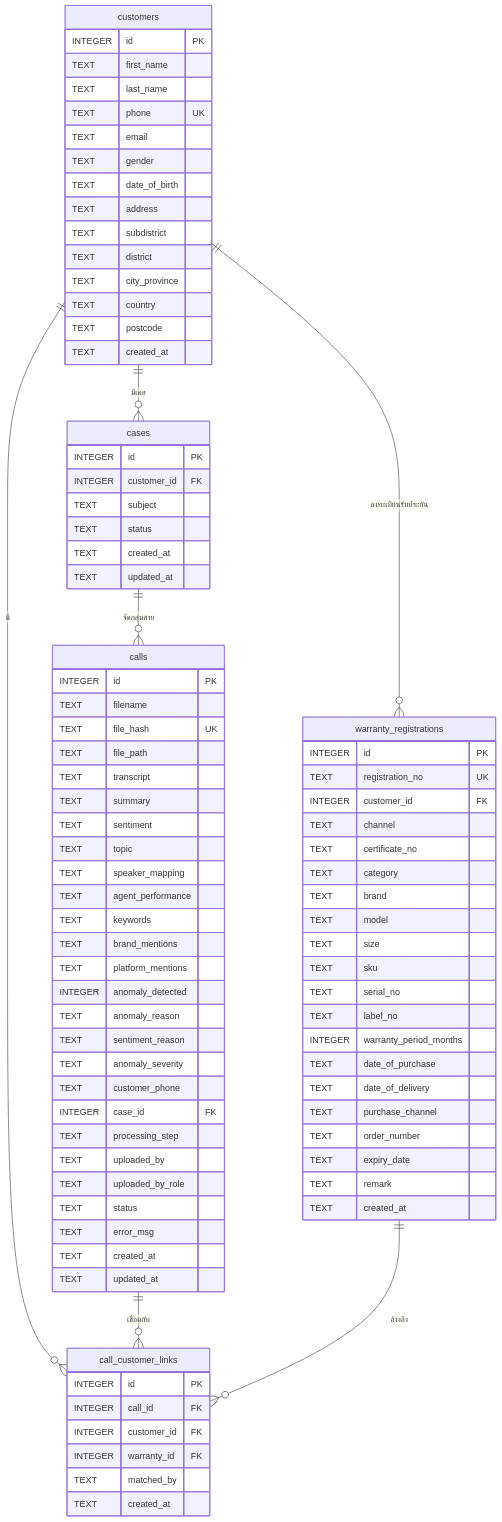
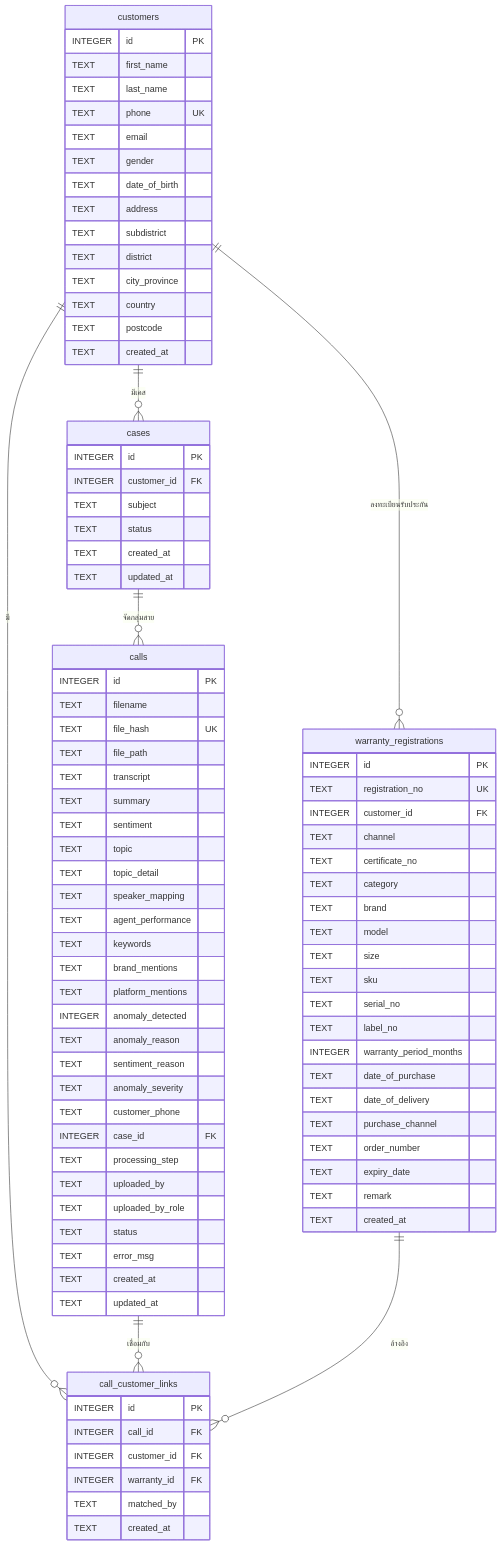
Before and after one commit to chisanuphongmadj/smartvoice: the diagram in docs/database_design.md, drawn with Mermaid. The commit also changed other lines of this file and 18 other files, not shown here.

```diff
--- a/docs/database_design.md
+++ b/docs/database_design.md
@@ -66,6 +66,7 @@
         TEXT summary
         TEXT sentiment
         TEXT topic
+        TEXT topic_detail
         TEXT speaker_mapping
         TEXT agent_performance
         TEXT keywords
```
